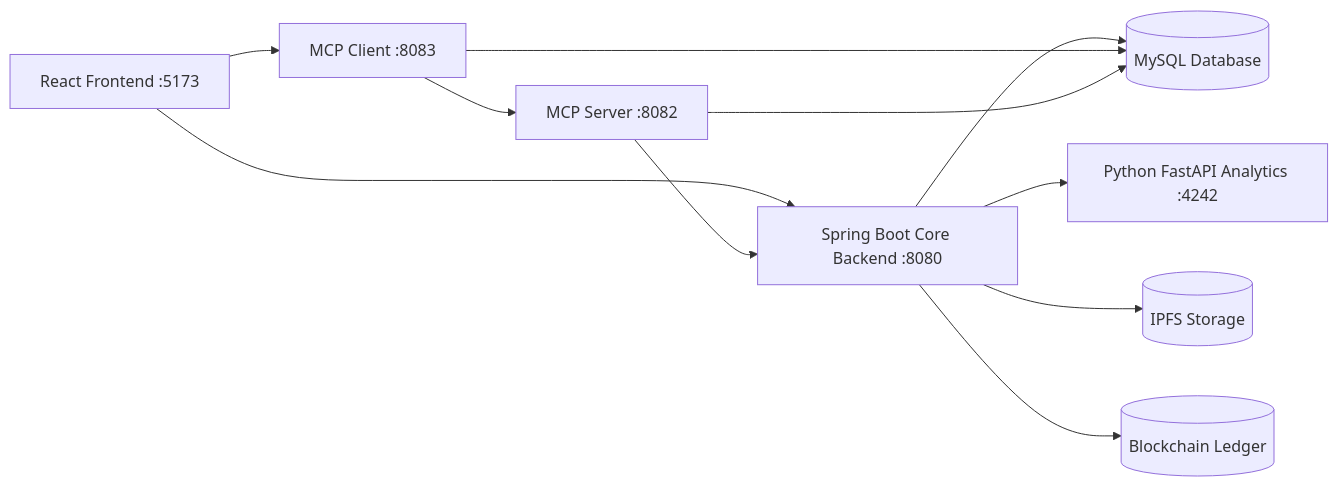
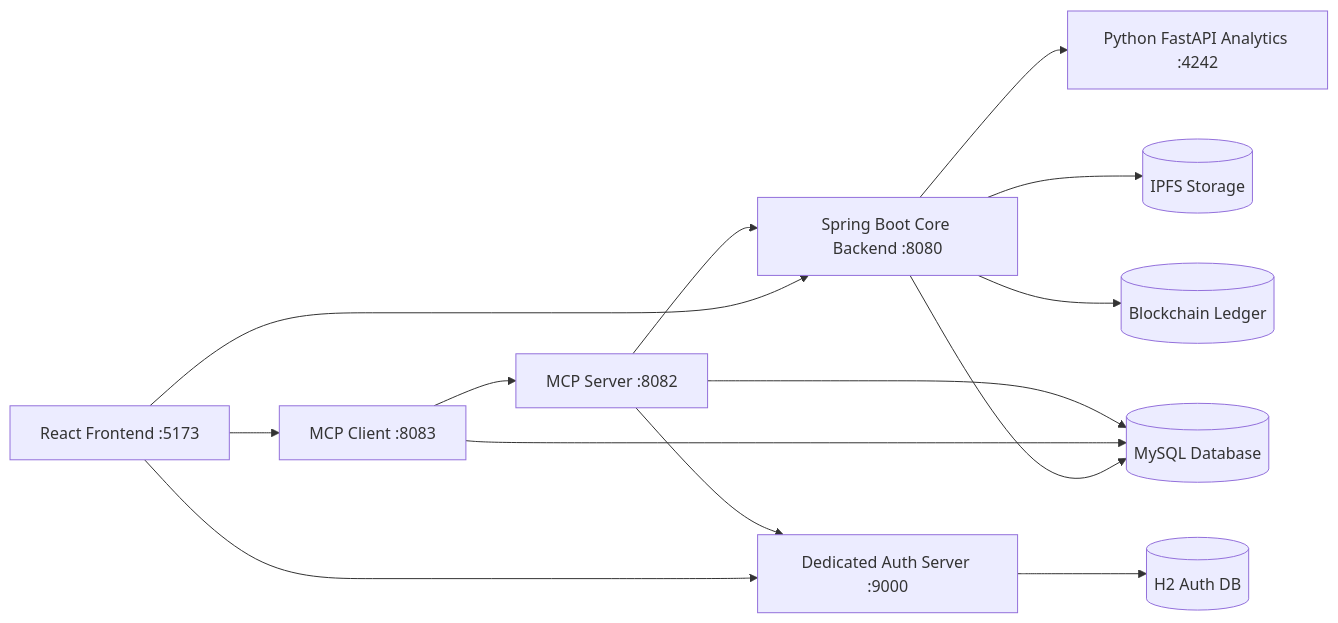
One commit to malcolm-cephas/Medical-IoT changed the second of 7 diagrams in README.md. Above: the diagram before and after it, drawn with Mermaid. The commit also changed other lines of this file, not shown here.

Commit message:
Update README.md with new Auth Server architecture

````diff
--- a/README.md
+++ b/README.md
@@ -270,29 +281,34 @@
 ```mermaid
 flowchart LR
 
 Frontend[React Frontend :5173]
 
 CoreAPI[Spring Boot Core Backend :8080]
+AuthServer[Dedicated Auth Server :9000]
 
 Analytics[Python FastAPI Analytics :4242]
 
 MCPClient[MCP Client :8083]
 MCPServer[MCP Server :8082]
 
 MySQL[(MySQL Database)]
+H2[(H2 Auth DB)]
 IPFS[(IPFS Storage)]
 Ledger[(Blockchain Ledger)]
 
 Frontend --> CoreAPI
+Frontend --> AuthServer
 Frontend --> MCPClient
 
+AuthServer --> H2
 CoreAPI --> MySQL
 CoreAPI --> Analytics
 CoreAPI --> IPFS
 CoreAPI --> Ledger
 
 MCPClient --> MCPServer
 MCPClient --> MySQL
 MCPServer --> CoreAPI
 MCPServer --> MySQL
+MCPServer --> AuthServer
 ```
````
